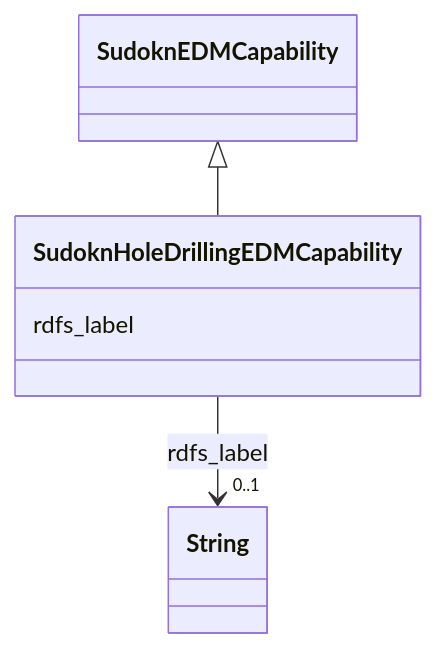
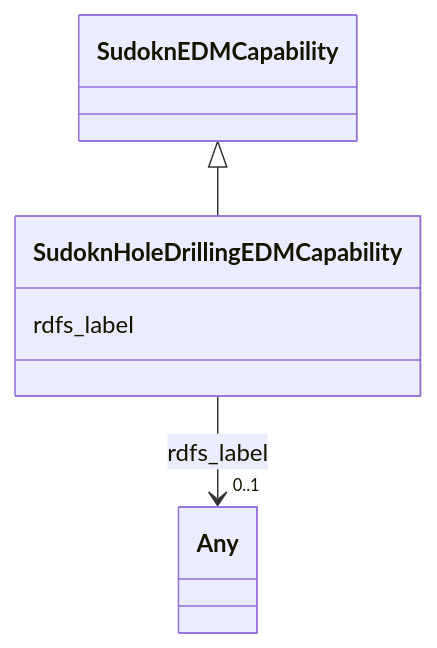
The diagram in sudokn-kg/classes/SudoknHoleDrillingEDMCapability.md (frink-okn/graph-descriptions), drawn with Mermaid before and after one commit. The commit also changed other lines of this file and 903 other files, not shown here.

````diff
--- a/sudokn-kg/classes/SudoknHoleDrillingEDMCapability.md
+++ b/sudokn-kg/classes/SudoknHoleDrillingEDMCapability.md
@@ -23,18 +16,18 @@
 ```mermaid
  classDiagram
     class SudoknHoleDrillingEDMCapability
     click SudoknHoleDrillingEDMCapability href "../SudoknHoleDrillingEDMCapability"
       SudoknEDMCapability <|-- SudoknHoleDrillingEDMCapability
         click SudoknEDMCapability href "../SudoknEDMCapability"
       
       SudoknHoleDrillingEDMCapability : rdfs_label
         
           
     
     
-    SudoknHoleDrillingEDMCapability --> "0..1" String : rdfs_label
-    click String href "../String"
+    SudoknHoleDrillingEDMCapability --> "0..1" Any : rdfs_label
+    click Any href "../Any"
 
         
       
 ```
````
